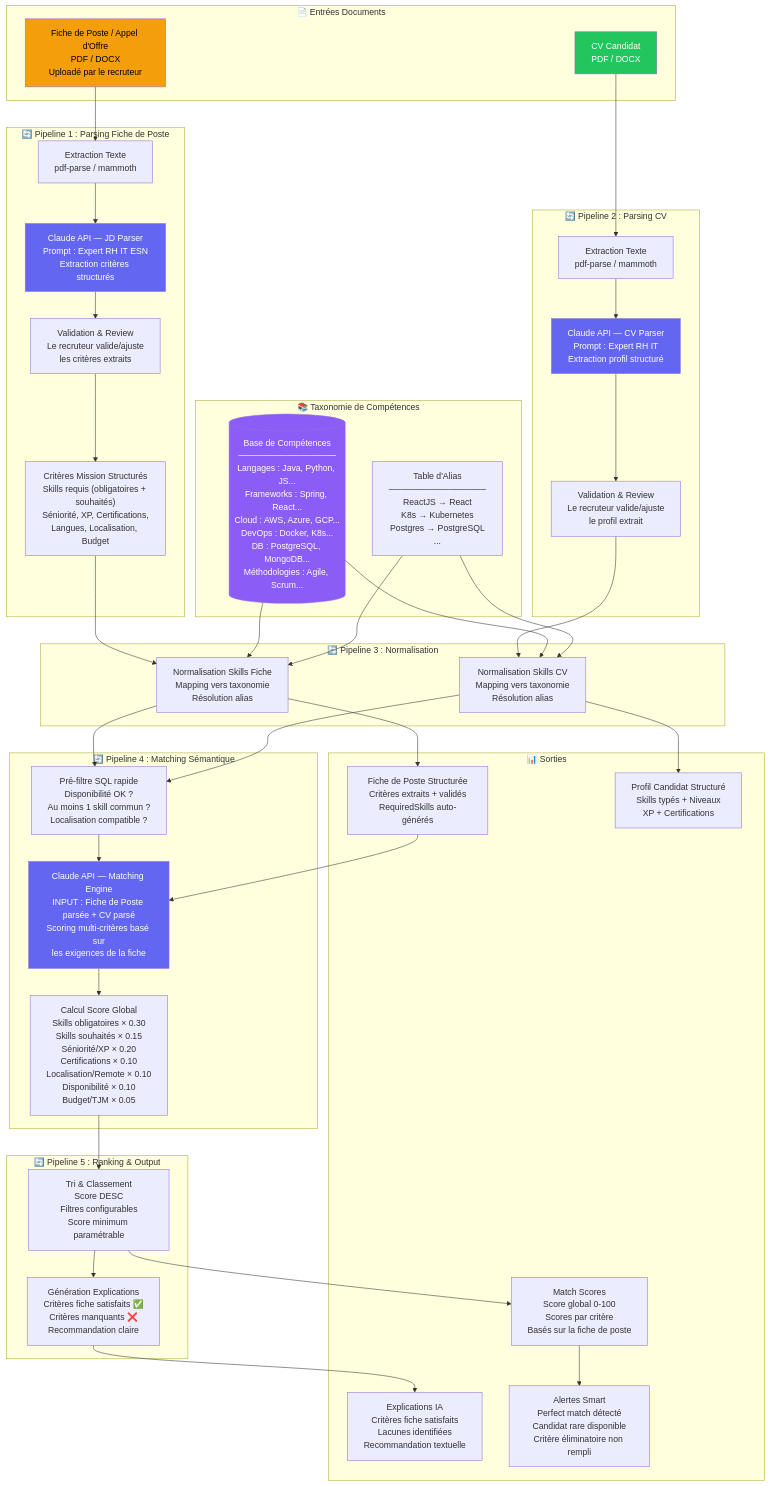
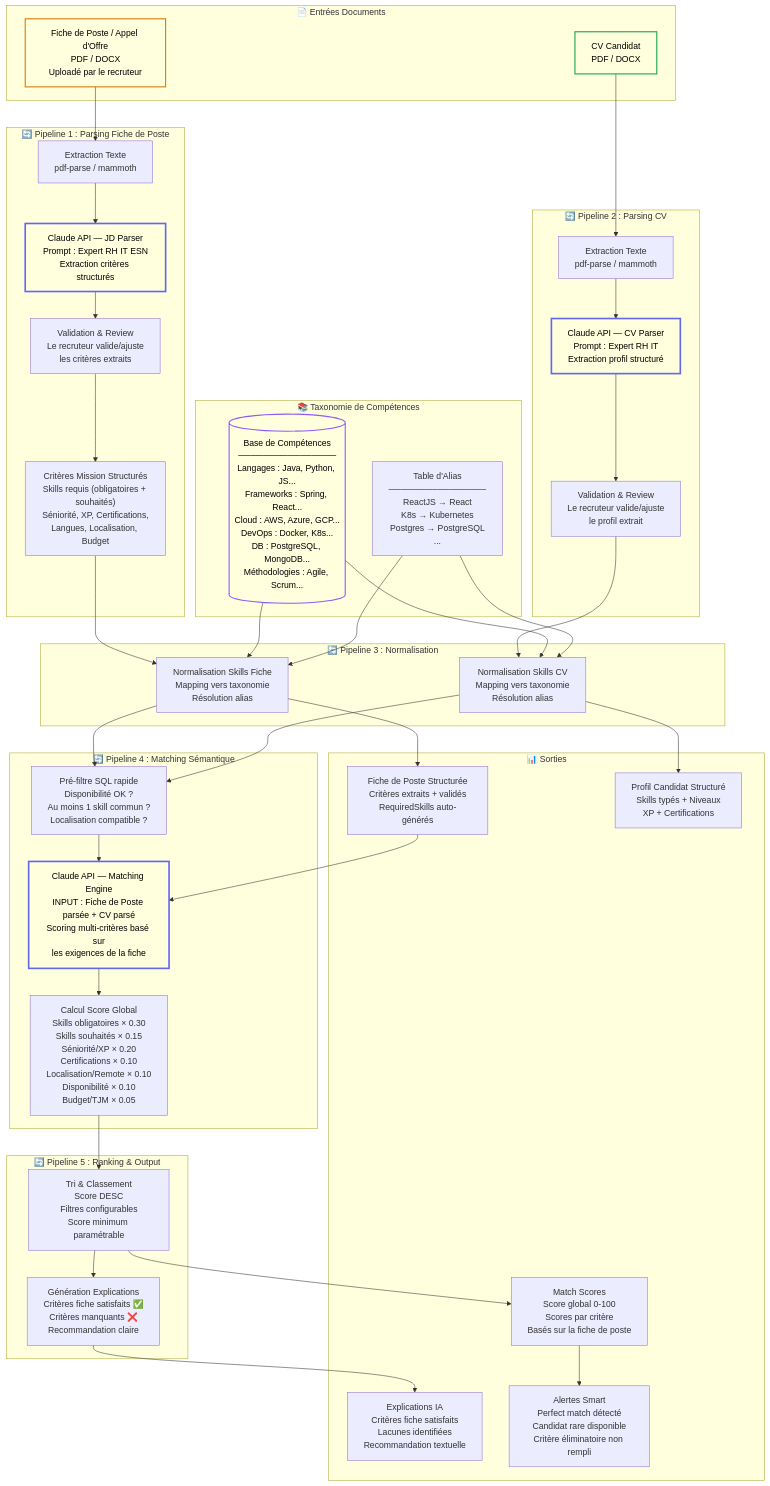
One commit to MisterRaymond/staffing-ai-architecture changed the diagram in docs/diagrams/flows/ai-pipeline.md. Above: the diagram before and after it, drawn with Mermaid. The commit also changed 2 other files, not shown here.

Commit message:
fix: couleurs diagrammes — fonds transparents, texte lisible
- staffing-teams.md : fonds transparents, bordures colorées, texte noir
- ai-pipeline.md : fonds transparents, bordures épaisses colorées
- multi-tenant-resolution.md : fonds transparents, bordures status

Les viviers ont des bordures en pointillés pour se distinguer des pôles.

````diff
--- a/docs/diagrams/flows/ai-pipeline.md
+++ b/docs/diagrams/flows/ai-pipeline.md
@@ -80,10 +80,10 @@
     EXPLAIN --> EXPLANATIONS
     SCORES --> ALERTS
 
-    style JD_PARSE fill:#6366f1,color:#fff
-    style CV_PARSE fill:#6366f1,color:#fff
-    style MATCH fill:#6366f1,color:#fff
-    style JD fill:#f59e0b,color:#000
-    style CV fill:#22c55e,color:#fff
-    style TAX_DB fill:#8b5cf6,color:#fff
+    style JD_PARSE fill:transparent,stroke:#6366f1,stroke-width:3px,color:#000
+    style CV_PARSE fill:transparent,stroke:#6366f1,stroke-width:3px,color:#000
+    style MATCH fill:transparent,stroke:#6366f1,stroke-width:3px,color:#000
+    style JD fill:transparent,stroke:#d97706,stroke-width:2px,color:#000
+    style CV fill:transparent,stroke:#16a34a,stroke-width:2px,color:#000
+    style TAX_DB fill:transparent,stroke:#8b5cf6,stroke-width:2px,color:#000
 ```
````
